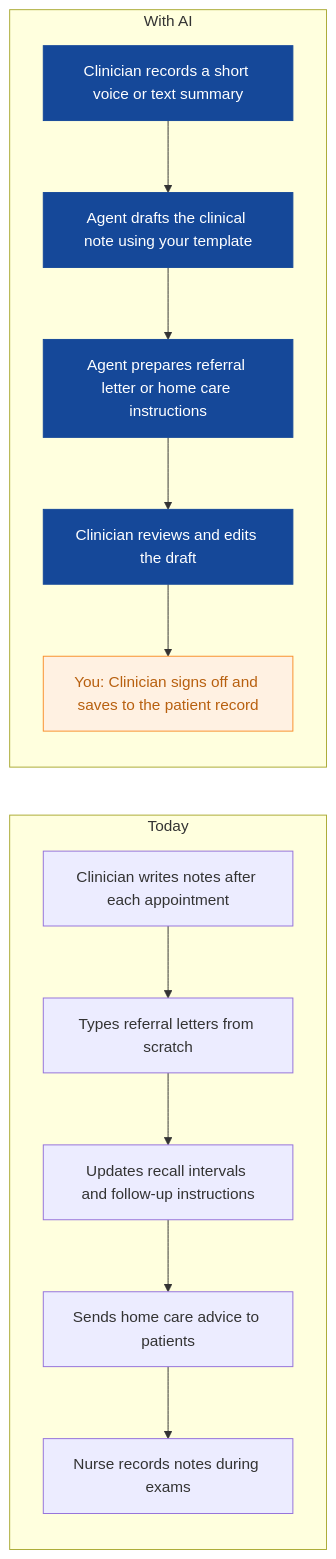
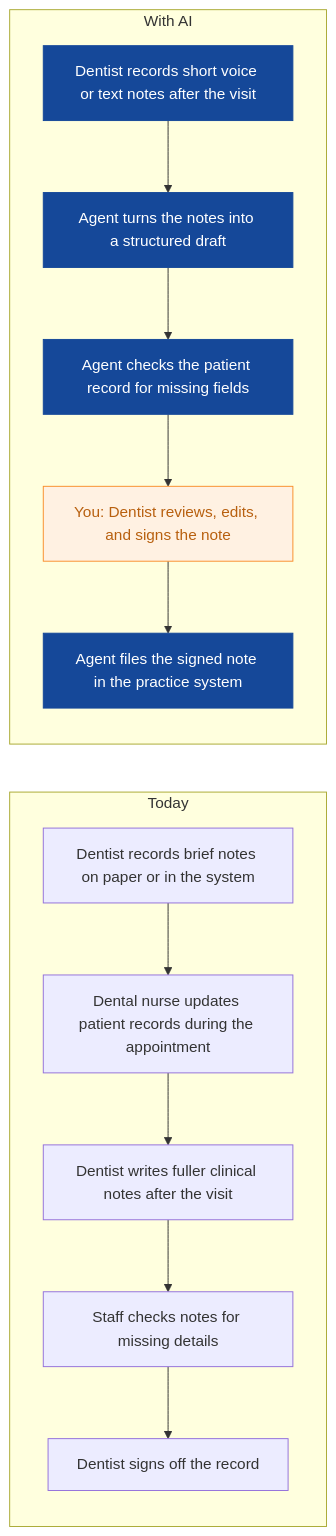
Before and after one commit to nexibeo/Complete-AI-Strategy: the fourth of 9 diagrams in strategies/maple-sage-dental.md, drawn with Mermaid. The commit also changed other lines of this file and 26 other files, not shown here.

````diff
--- a/strategies/maple-sage-dental.md
+++ b/strategies/maple-sage-dental.md
@@ -105,23 +139,23 @@
 ```mermaid
 flowchart LR
   subgraph Today
-    B0["Clinician writes notes after each appointment"]
-    B1["Types referral letters from scratch"]
-    B2["Updates recall intervals and follow-up instructions"]
-    B3["Sends home care advice to patients"]
-    B4["Nurse records notes during exams"]
+    B0["Dentist records brief notes on paper or in the system"]
+    B1["Dental nurse updates patient records during the appointment"]
+    B2["Dentist writes fuller clinical notes after the visit"]
+    B3["Staff checks notes for missing details"]
+    B4["Dentist signs off the record"]
     B0 --> B1 --> B2 --> B3 --> B4
   end
   subgraph WithAI[With AI]
-    A0["Clinician records a short voice or text summary"]
-    A1["Agent drafts the clinical note using your template"]
-    A2["Agent prepares referral letter or home care instructions"]
-    A3["Clinician reviews and edits the draft"]
-    A4["You: Clinician signs off and saves to the patient record"]
+    A0["Dentist records short voice or text notes after the visit"]
+    A1["Agent turns the notes into a structured draft"]
+    A2["Agent checks the patient record for missing fields"]
+    A3["You: Dentist reviews, edits, and signs the note"]
+    A4["Agent files the signed note in the practice system"]
     A0 --> A1 --> A2 --> A3 --> A4
   end
   classDef ai fill:#154899,color:#fff,stroke:#154899
   classDef human fill:#FFF1E2,color:#B8600F,stroke:#F98F2C
-  class A0,A1,A2,A3 ai
-  class A4 human
+  class A0,A1,A2,A4 ai
+  class A3 human
 ```
````
